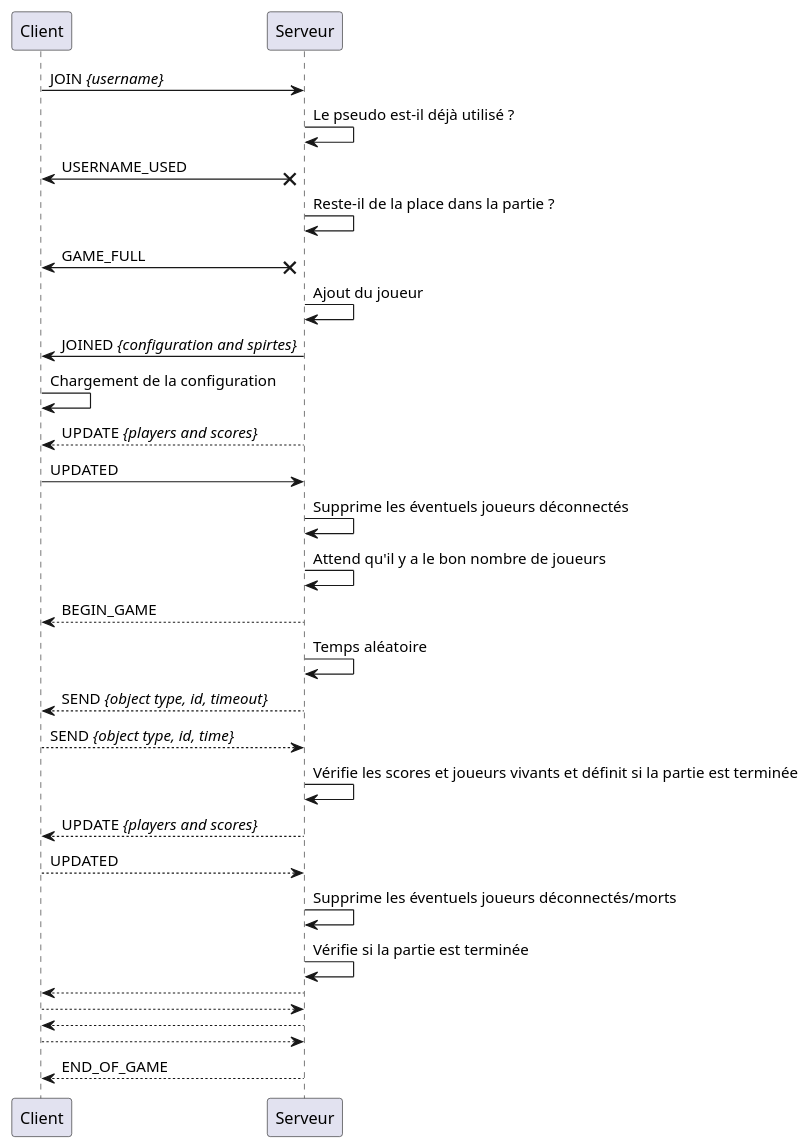
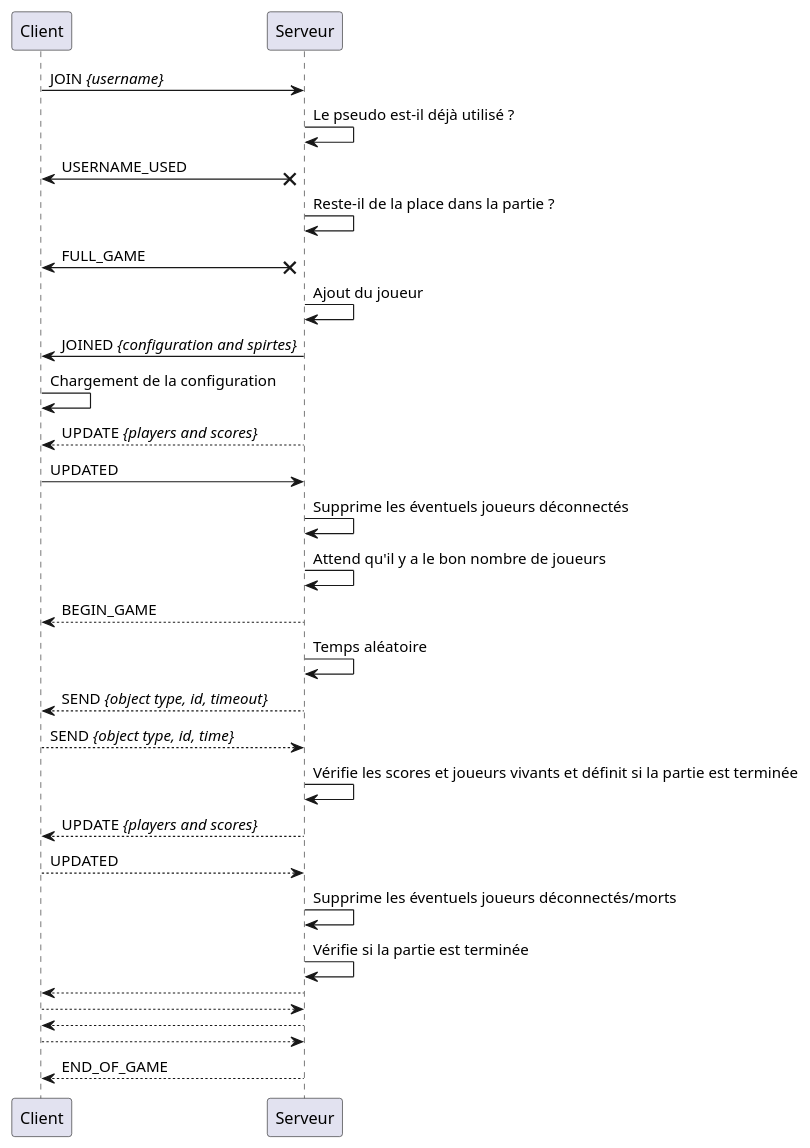
One commit to heig-vd-gen2017/projet changed the diagram in Schemas/Protocol.puml. Above: the diagram before and after it, drawn with PlantUML.

```diff
--- a/Schemas/Protocol.puml
+++ b/Schemas/Protocol.puml
@@ -1,55 +1,55 @@
 @startuml
 
 Client -> Serveur : JOIN <i>{username}</i>
 
 Serveur -> Serveur : Le pseudo est-il déjà utilisé ?
 
 Client <-x Serveur : USERNAME_USED
 
 Serveur -> Serveur : Reste-il de la place dans la partie ?
 
-Client <-x Serveur : GAME_FULL
+Client <-x Serveur : FULL_GAME
 
 Serveur -> Serveur : Ajout du joueur
 
 Serveur -> Client : JOINED <i>{configuration and spirtes}</i>
 
 Client -> Client : Chargement de la configuration
 
 Serveur --> Client : UPDATE <i>{players and scores}</i>
 
 Client -> Serveur : UPDATED
 
 Serveur -> Serveur : Supprime les éventuels joueurs déconnectés
 
 Serveur -> Serveur : Attend qu'il y a le bon nombre de joueurs
 
 Serveur --> Client : BEGIN_GAME
 
 Serveur -> Serveur : Temps aléatoire
 
 Serveur --> Client : SEND <i>{object type, id, timeout}</i>
 
 Client --> Serveur : SEND <i>{object type, id, time}</i>
 
 Serveur -> Serveur : Vérifie les scores et joueurs vivants et définit si la partie est terminée
 
 Serveur --> Client : UPDATE <i>{players and scores}</i>
 
 Client --> Serveur : UPDATED
 
 Serveur -> Serveur : Supprime les éventuels joueurs déconnectés/morts
 
 Serveur -> Serveur : Vérifie si la partie est terminée
 
 Serveur --> Client
 
 Client --> Serveur
 
 Serveur --> Client
 
 Client --> Serveur
 
 Serveur --> Client : END_OF_GAME
 
 @enduml
```
